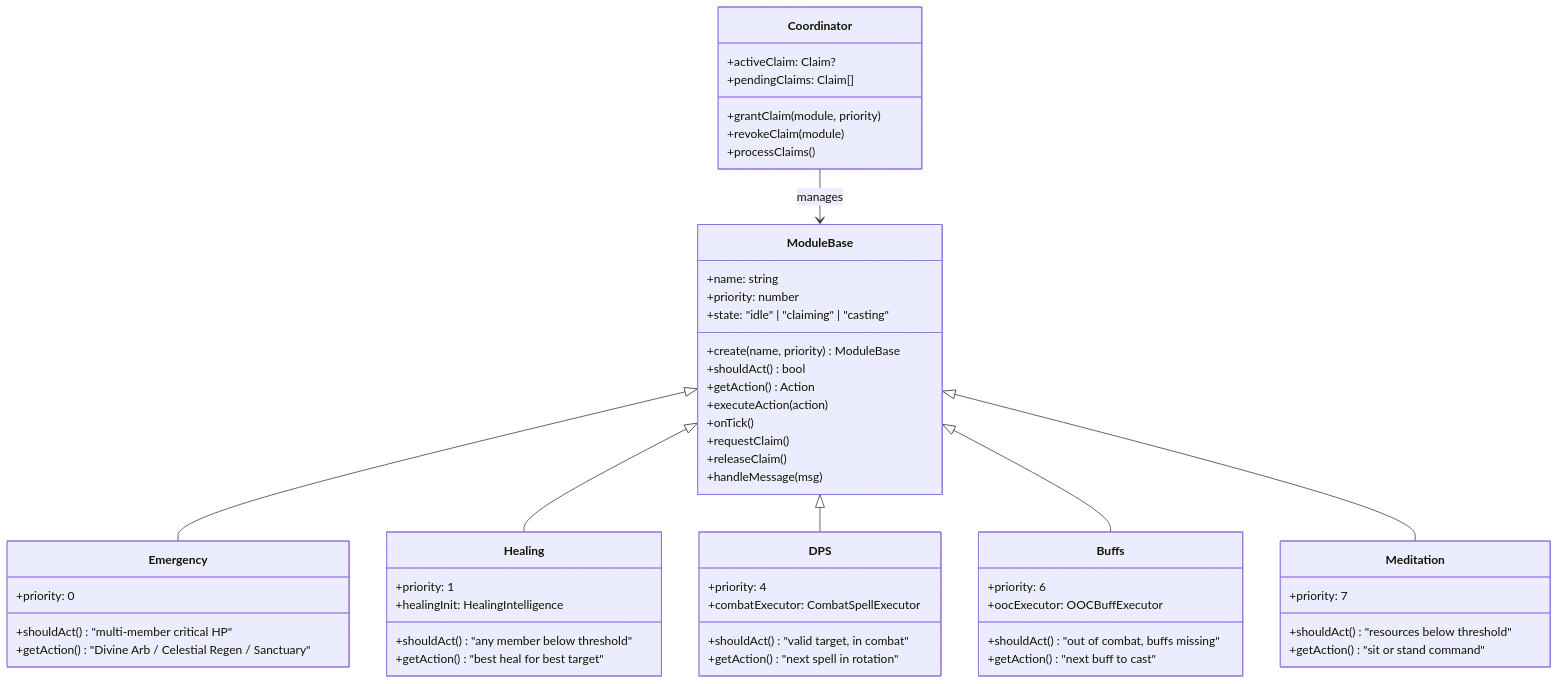
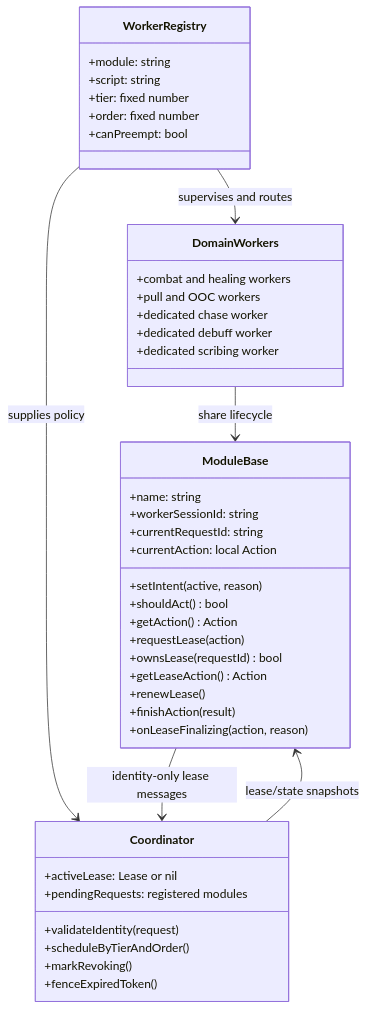
Before and after one commit to daly101010/sidekick-next: the eighth of 9 diagrams in docs/USER_GUIDE.md, drawn with Mermaid. The commit also changed other lines of this file and 59 other files, not shown here.

Commit message:
refactor: centralize module action coordination

````diff
--- a/docs/USER_GUIDE.md
+++ b/docs/USER_GUIDE.md
@@ -958,65 +891,49 @@
 ```mermaid
 classDiagram
     class ModuleBase {
         +name: string
-        +priority: number
-        +state: "idle" | "claiming" | "casting"
-        +create(name, priority) ModuleBase
+        +workerSessionId: string
+        +currentRequestId: string
+        +currentAction: local Action
+        +setIntent(active, reason)
         +shouldAct() bool
         +getAction() Action
-        +executeAction(action)
-        +onTick()
-        +requestClaim()
-        +releaseClaim()
-        +handleMessage(msg)
+        +requestLease(action)
+        +ownsLease(requestId) bool
+        +getLeaseAction() Action
+        +renewLease()
+        +finishAction(result)
+        +onLeaseFinalizing(action, reason)
     }
 
-    class Emergency {
-        +priority: 0
-        +shouldAct() "multi-member critical HP"
-        +getAction() "Divine Arb / Celestial Regen / Sanctuary"
+    class WorkerRegistry {
+        +module: string
+        +script: string
+        +tier: fixed number
+        +order: fixed number
+        +canPreempt: bool
     }
 
-    class Healing {
-        +priority: 1
-        +healingInit: HealingIntelligence
-        +shouldAct() "any member below threshold"
-        +getAction() "best heal for best target"
+    class Coordinator {
+        +activeLease: Lease or nil
+        +pendingRequests: registered modules
+        +validateIdentity(request)
+        +scheduleByTierAndOrder()
+        +markRevoking()
+        +fenceExpiredToken()
     }
 
-    class DPS {
-        +priority: 4
-        +combatExecutor: CombatSpellExecutor
-        +shouldAct() "valid target, in combat"
-        +getAction() "next spell in rotation"
+    class DomainWorkers {
+        +combat and healing workers
+        +pull and OOC workers
+        +dedicated chase worker
+        +dedicated debuff worker
+        +dedicated scribing worker
     }
 
-    class Buffs {
-        +priority: 6
-        +oocExecutor: OOCBuffExecutor
-        +shouldAct() "out of combat, buffs missing"
-        +getAction() "next buff to cast"
-    }
-
-    class Meditation {
-        +priority: 7
-        +shouldAct() "resources below threshold"
-        +getAction() "sit or stand command"
-    }
-
-    ModuleBase <|-- Emergency
-    ModuleBase <|-- Healing
-    ModuleBase <|-- DPS
-    ModuleBase <|-- Buffs
-    ModuleBase <|-- Meditation
-
-    class Coordinator {
-        +activeClaim: Claim?
-        +pendingClaims: Claim[]
-        +grantClaim(module, priority)
-        +revokeClaim(module)
-        +processClaims()
-    }
-
-    Coordinator --> ModuleBase : manages
+    DomainWorkers --> ModuleBase : share lifecycle
+    WorkerRegistry --> Coordinator : supplies policy
+    WorkerRegistry --> DomainWorkers : supervises and routes
+    ModuleBase --> Coordinator : identity-only lease messages
+    Coordinator --> ModuleBase : lease/state snapshots
 ```
````
